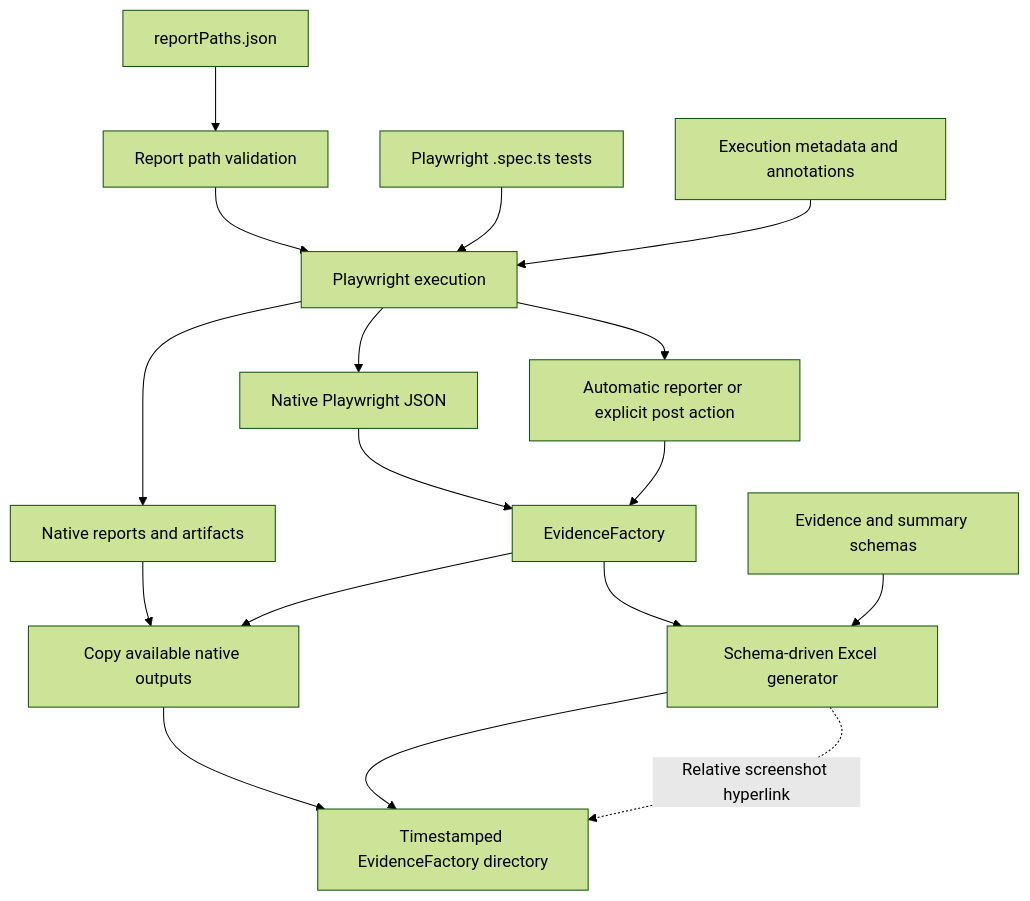
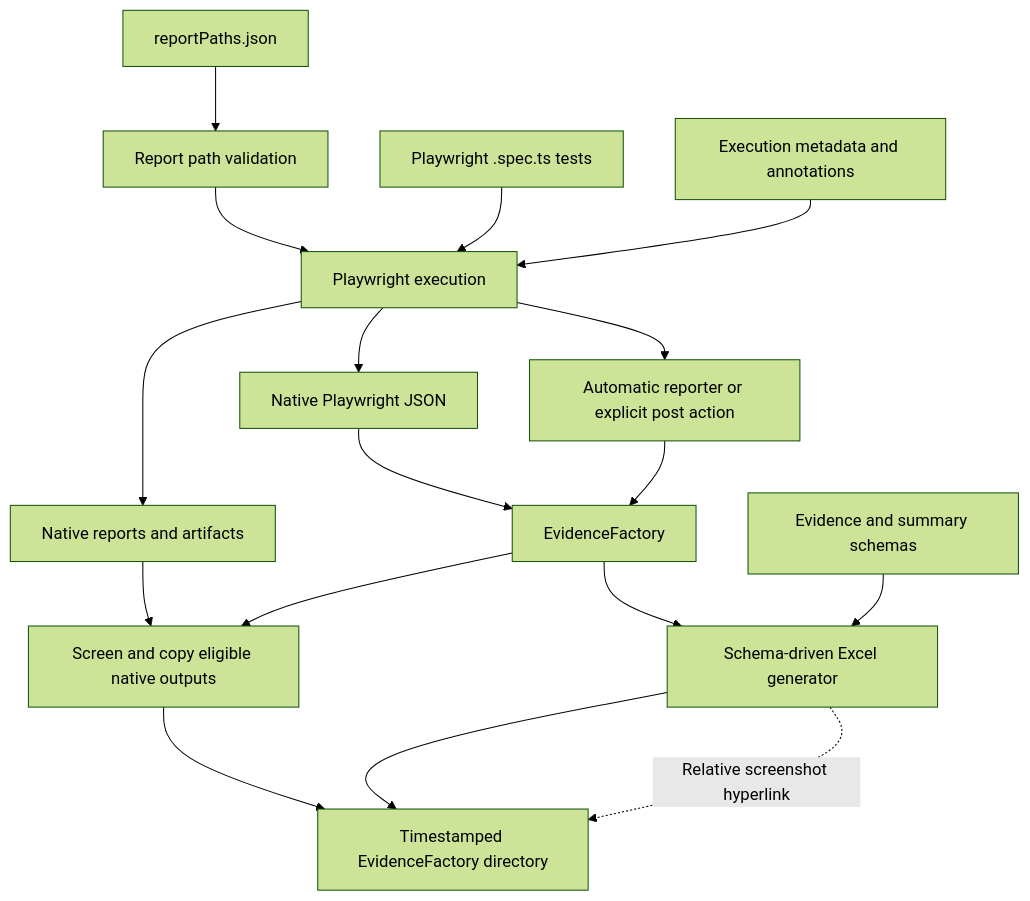
The diagram in reportingLayer/README.md (vijaytomar81/VJ_Playwright), drawn with Mermaid (forest theme) before and after one commit. The commit also changed other lines of this file and 6 other files, not shown here.

````diff
--- a/reportingLayer/README.md
+++ b/reportingLayer/README.md
@@ -45,19 +47,19 @@
 ```mermaid
 flowchart TD
     Config["reportPaths.json"] --> Validation["Report path validation"]
     Validation --> PW["Playwright execution"]
     Spec["Playwright .spec.ts tests"] --> PW
     Meta["Execution metadata and annotations"] --> PW
     PW --> JSON["Native Playwright JSON"]
     PW --> Native["Native reports and artifacts"]
     JSON --> EF["EvidenceFactory"]
     PW --> Trigger["Automatic reporter or explicit post action"]
     Trigger --> EF
-    Native --> Copy["Copy available native outputs"]
+    Native --> Copy["Screen and copy eligible native outputs"]
     EF --> Copy
     EF --> Excel["Schema-driven Excel generator"]
     Schema["Evidence and summary schemas"] --> Excel
     Copy --> Output["Timestamped EvidenceFactory directory"]
     Excel --> Output
     Excel -.->|"Relative screenshot hyperlink"| Output
 ```
````
